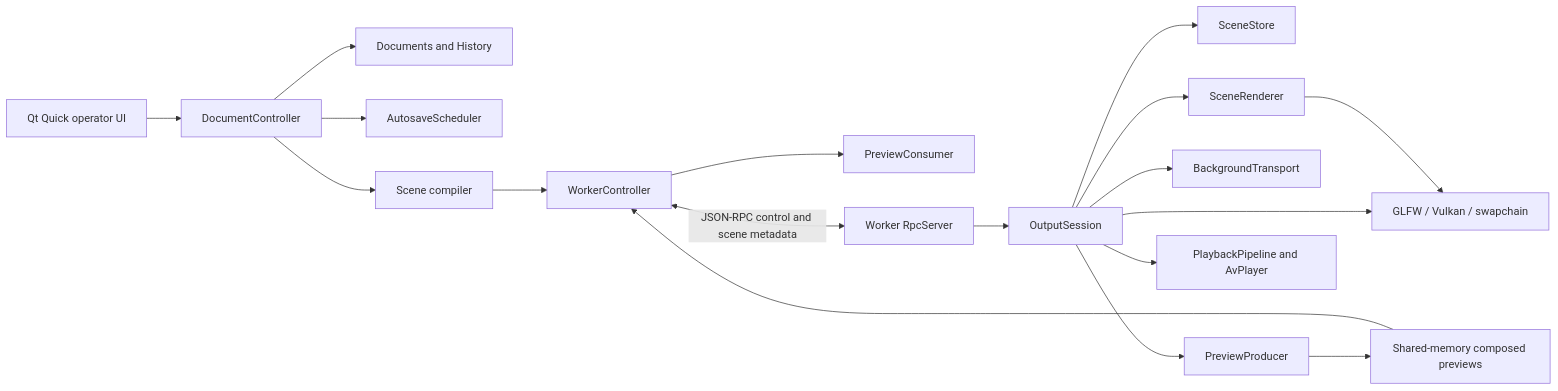
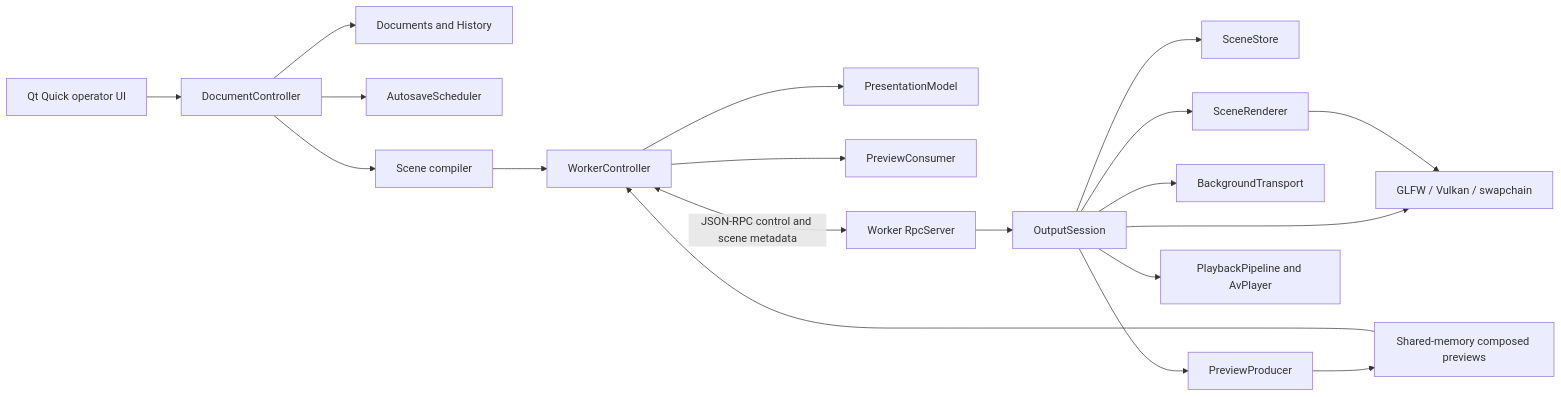
The diagram in docs/architecture.md (dattrax/OpenShowQt), drawn with Mermaid before and after one commit. The commit also changed other lines of this file and 7 other files, not shown here.

````diff
--- a/docs/architecture.md
+++ b/docs/architecture.md
@@ -12,20 +12,21 @@
 ```mermaid
 flowchart LR
     QML[Qt Quick operator UI] --> DC[DocumentController]
     DC --> D[Documents and History]
     DC --> AS[AutosaveScheduler]
     DC --> SC[Scene compiler]
     SC --> WC[WorkerController]
+    WC --> PM[PresentationModel]
     WC --> PC[PreviewConsumer]
     WC <-->|JSON-RPC control and scene metadata| RPC[Worker RpcServer]
     RPC --> OS[OutputSession]
     OS --> SS[SceneStore]
     OS --> PP[PreviewProducer]
     OS --> BT[BackgroundTransport]
     OS --> SR[SceneRenderer]
     OS --> AV[PlaybackPipeline and AvPlayer]
     OS --> GPU[GLFW / Vulkan / swapchain]
     SR --> GPU
     PP --> SHM[Shared-memory composed previews]
     SHM --> WC
 ```
````
